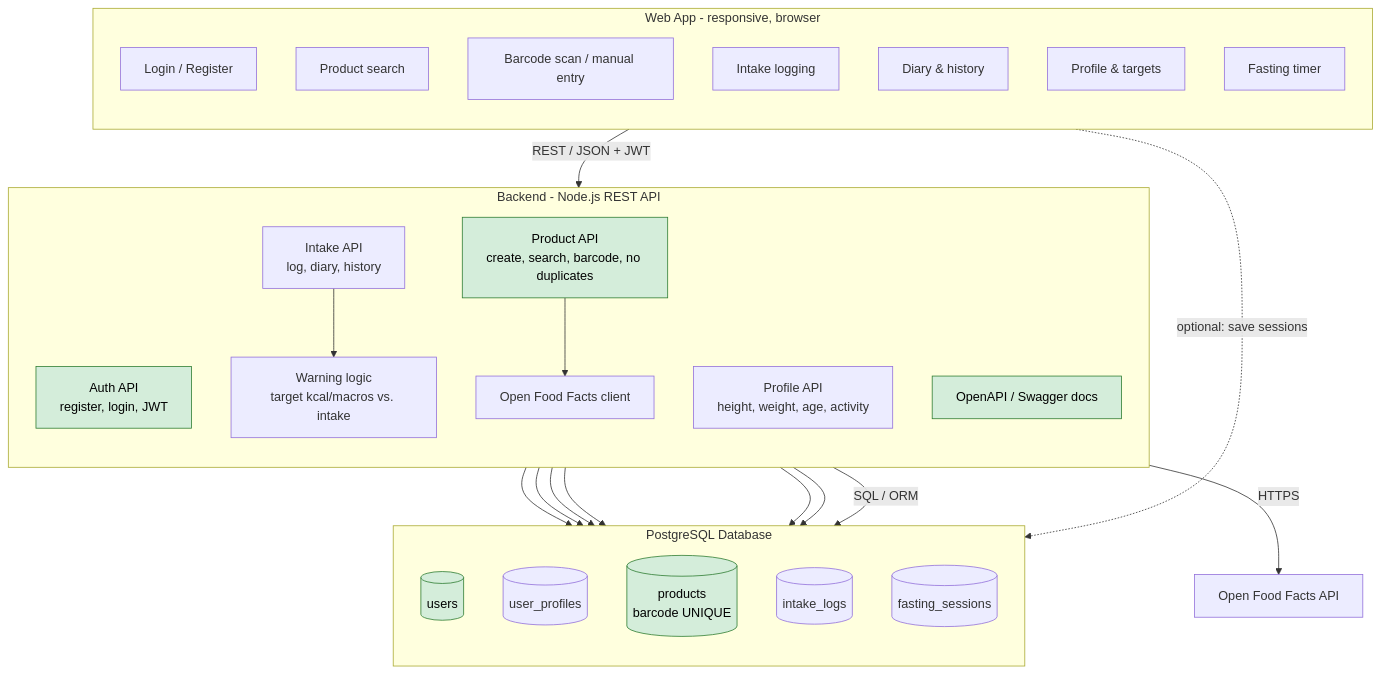
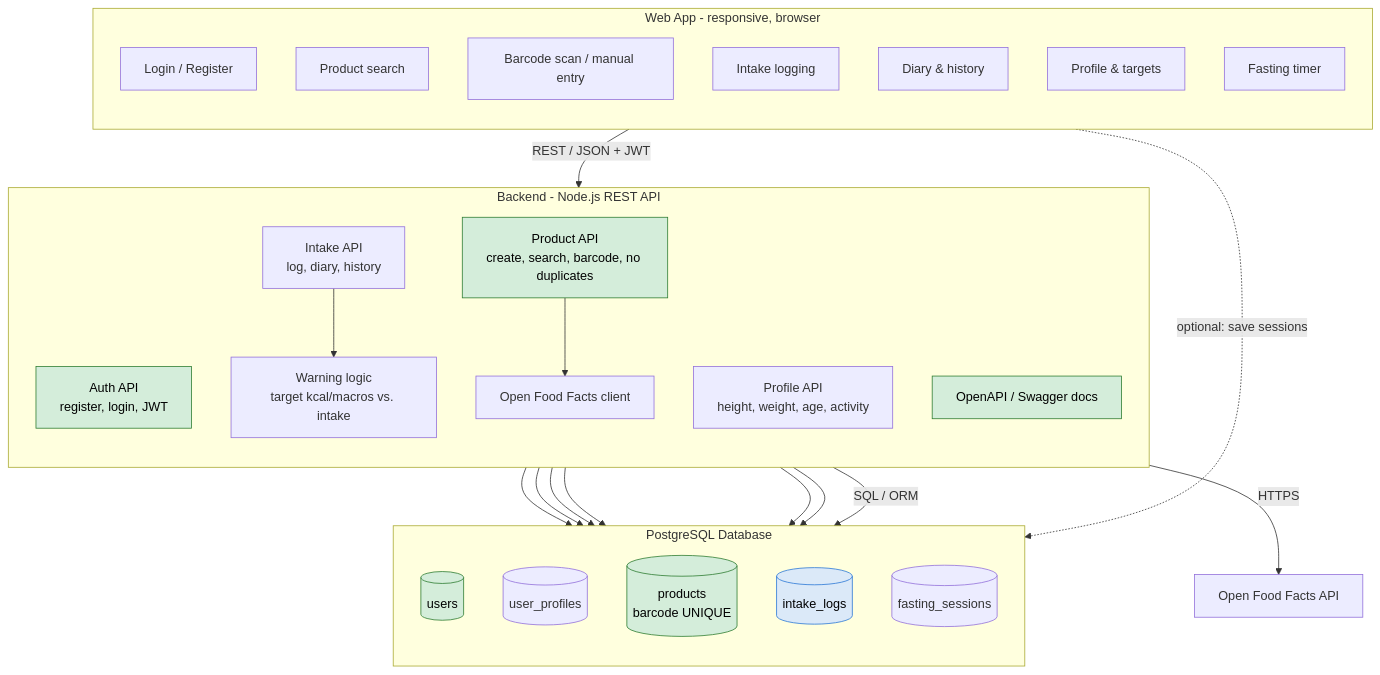
One commit to Jonathan-coder/JLJ-commit-2-fit changed the diagram in docs/architecture.md. Above: the diagram before and after it, drawn with Mermaid. The commit also changed other lines of this file and 1 other file, not shown here.

````diff
--- a/docs/architecture.md
+++ b/docs/architecture.md
@@ -8,52 +8,54 @@
 ```mermaid
 flowchart TD
     subgraph Client [Web App - responsive, browser]
         direction TB
         C1[Login / Register]
         C2[Product search]
         C3[Barcode scan / manual entry]
         C4[Intake logging]
         C5[Diary & history]
         C6[Profile & targets]
         C7[Fasting timer]
     end
 
     subgraph Backend [Backend - Node.js REST API]
         direction TB
         B1[Auth API<br/>register, login, JWT]
         B2[Product API<br/>create, search, barcode, no duplicates]
         B3[Intake API<br/>log, diary, history]
         B4[Profile API<br/>height, weight, age, activity]
         B5[Warning logic<br/>target kcal/macros vs. intake]
         B6[Open Food Facts client]
         B7[OpenAPI / Swagger docs]
     end
 
     subgraph DB [PostgreSQL Database]
         direction TB
         D1[(users)]
         D2[(user_profiles)]
         D3[(products<br/>barcode UNIQUE)]
         D4[(intake_logs)]
         D5[(fasting_sessions)]
     end
 
     EXT[Open Food Facts API]
 
     Client -->|REST / JSON + JWT| Backend
     Backend -->|SQL / ORM| DB
     B6 -->|HTTPS| EXT
 
     B1 --> D1
     B2 --> D3
     B3 --> D4
     B4 --> D2
     B5 --> D2
     B5 --> D4
     B3 --> B5
     B2 --> B6
     C7 -.->|optional: save sessions| D5
 
     classDef sprint2 fill:#d4edda,stroke:#2e7d32,color:#000;
+    classDef sprint3 fill:#dbe9f8,stroke:#2a78d6,color:#000;
     class B1,B2,B7,D1,D3 sprint2;
+    class D4 sprint3;
 ```
````
